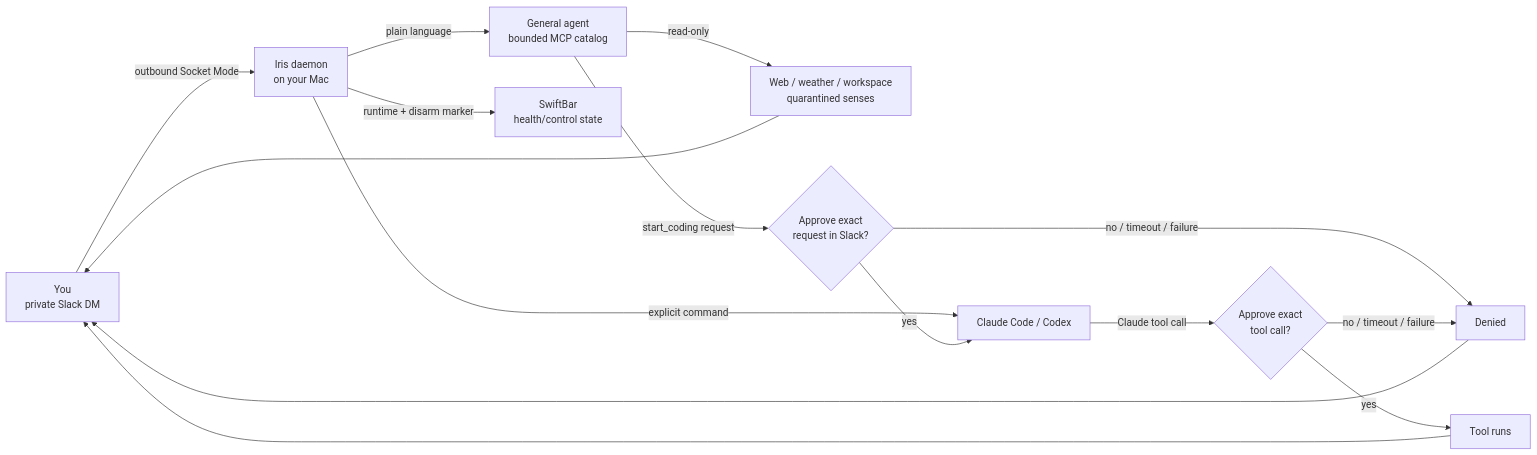
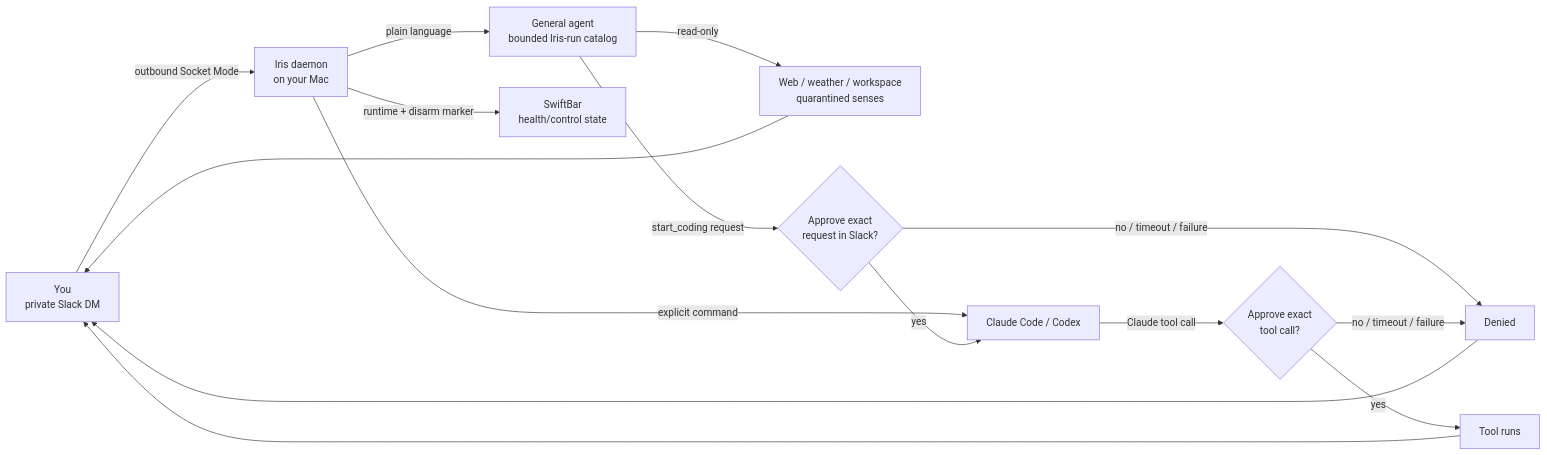
The diagram in README.md (randyren278/iris), drawn with Mermaid before and after one commit. The commit also changed other lines of this file and 21 other files, not shown here.

First line of the commit message:
Run the conversational tool catalog inside Iris instead of over MCP

````diff
--- a/README.md
+++ b/README.md
@@ -47,17 +47,17 @@
 ```mermaid
 flowchart LR
     you["You<br/>private Slack DM"] -- "outbound Socket Mode" --> iris["Iris daemon<br/>on your Mac"]
-    iris -- "plain language" --> agent["General agent<br/>bounded MCP catalog"]
+    iris -- "plain language" --> agent["General agent<br/>bounded Iris-run catalog"]
     agent -- "read-only" --> reads["Web / weather / workspace<br/>quarantined senses"]
     agent -- "start_coding request" --> actionGate{"Approve exact<br/>request in Slack?"}
     iris -- "explicit command" --> code["Claude Code / Codex"]
     actionGate -- "yes" --> code
     actionGate -- "no / timeout / failure" --> deny["Denied"]
     code -- "Claude tool call" --> toolGate{"Approve exact<br/>tool call?"}
     toolGate -- "yes" --> run["Tool runs"]
     toolGate -- "no / timeout / failure" --> deny
     iris -- "runtime + disarm marker" --> bar["SwiftBar<br/>health/control state"]
     reads --> you
     run --> you
     deny --> you
 ```
````
